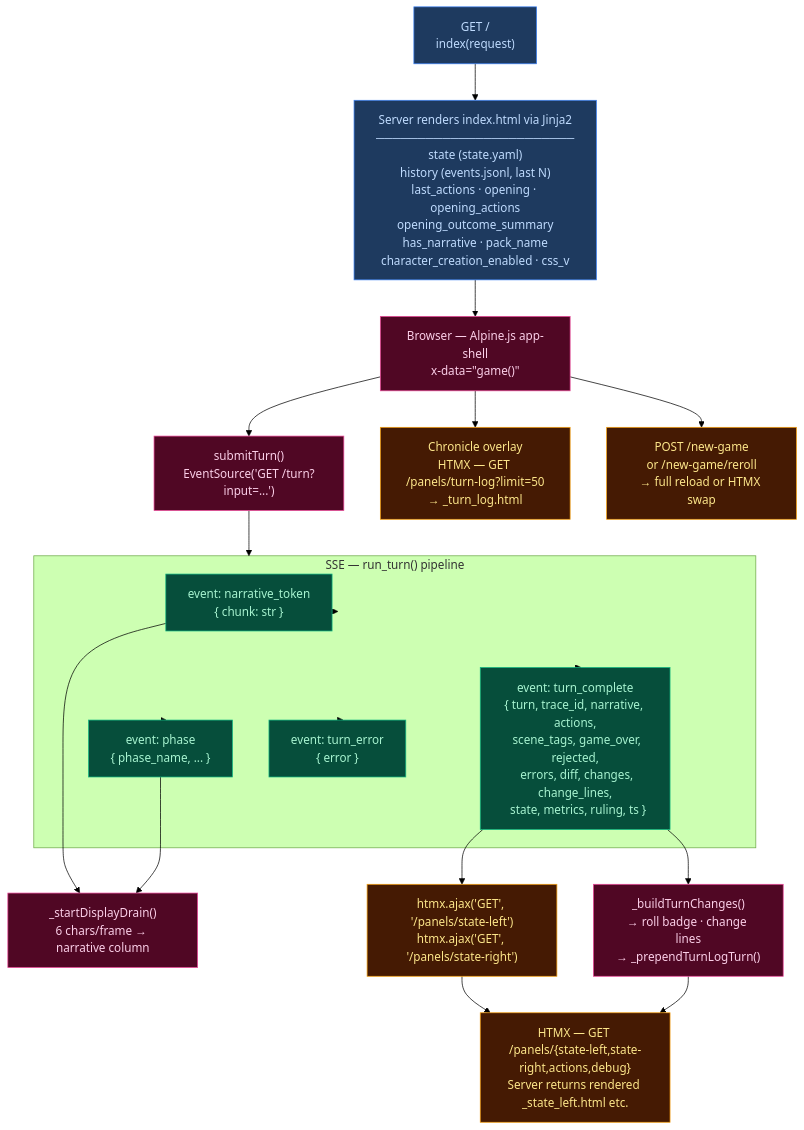
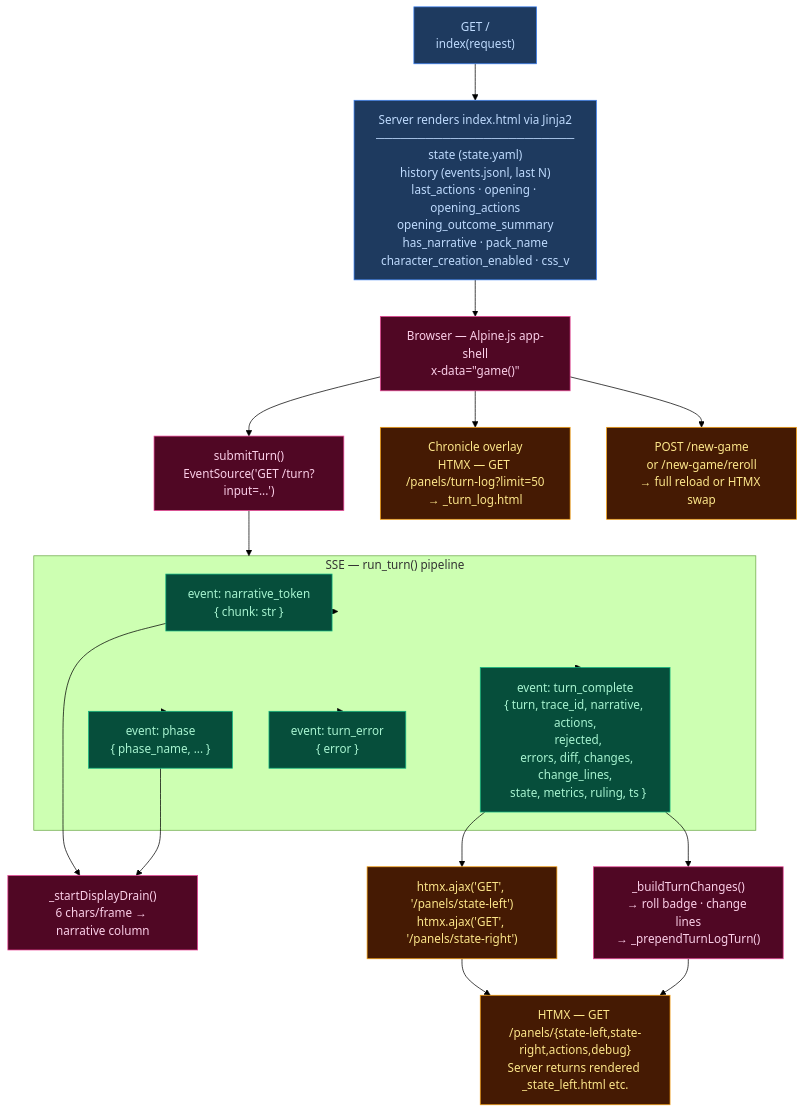
The diagram in docs/architecture/narration-ui.md (pww217/fablethread), drawn with Mermaid (forest theme) before and after one commit. The commit also changed 26 other files, not shown here.

````diff
--- a/docs/architecture/narration-ui.md
+++ b/docs/architecture/narration-ui.md
@@ -7,46 +7,46 @@
 ```mermaid
 flowchart TD
     classDef ssr       fill:#1e3a5f,color:#bfdbfe,stroke:#3b82f6
     classDef sse       fill:#064e3b,color:#a7f3d0,stroke:#10b981
     classDef htmx      fill:#451a03,color:#fde68a,stroke:#f59e0b
     classDef alpine    fill:#500724,color:#fbcfe8,stroke:#ec4899
     classDef storage   fill:#0f172a,color:#7dd3fc,stroke:#1e40af
     classDef input     fill:#1f2937,color:#9ca3af,stroke:#4b5563
 
     REQ["GET /<br>index(request)"]:::ssr
     SSR["Server renders index.html via Jinja2<br>────────────────────────<br>state (state.yaml)<br>history (events.jsonl, last N)<br>last_actions · opening · opening_actions<br>opening_outcome_summary<br>has_narrative · pack_name<br>character_creation_enabled · css_v"]:::ssr
 
     UI["Browser — Alpine.js app-shell<br>x-data=&quot;game()&quot;"]:::alpine
 
     SUBMIT["submitTurn()<br>EventSource('GET /turn?input=...')"]:::alpine
 
     subgraph STREAM["SSE — run_turn() pipeline"]
         TOK["event: narrative_token<br>{ chunk: str }"]:::sse
         PHASE["event: phase<br>{ phase_name, ... }"]:::sse
-        DONE["event: turn_complete<br>{ turn, trace_id, narrative, actions,<br>  scene_tags, game_over, rejected,<br>  errors, diff, changes, change_lines,<br>  state, metrics, ruling, ts }"]:::sse
+        DONE["event: turn_complete<br>{ turn, trace_id, narrative, actions,<br>  rejected,<br>  errors, diff, changes, change_lines,<br>  state, metrics, ruling, ts }"]:::sse
         ERR["event: turn_error<br>{ error }"]:::sse
     end
 
     DISPLAY["_startDisplayDrain()<br>6 chars/frame → narrative column"]:::alpine
     REFRESH["htmx.ajax('GET', '/panels/state-left')<br>htmx.ajax('GET', '/panels/state-right')"]:::htmx
     CHANGES["_buildTurnChanges()<br>→ roll badge · change lines<br>→ _prependTurnLogTurn()"]:::alpine
 
     SIDEBAR["HTMX — GET /panels/{state-left,state-right,actions,debug}<br>Server returns rendered _state_left.html etc."]:::htmx
 
     CHRON["Chronicle overlay<br>HTMX — GET /panels/turn-log?limit=50<br>→ _turn_log.html"]:::htmx
 
     NEW_GAME["POST /new-game<br>or /new-game/reroll<br>→ full reload or HTMX swap"]:::htmx
 
     REQ --> SSR --> UI
     UI --> SUBMIT
     SUBMIT --> STREAM
     STREAM --> TOK --> DISPLAY
     STREAM --> PHASE --> DISPLAY
     STREAM --> DONE --> REFRESH
     DONE --> CHANGES
     REFRESH --> SIDEBAR
     CHANGES --> SIDEBAR
     STREAM --> ERR
     UI --> CHRON
     UI --> NEW_GAME
 ```
````
